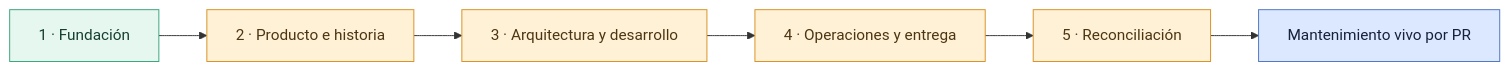
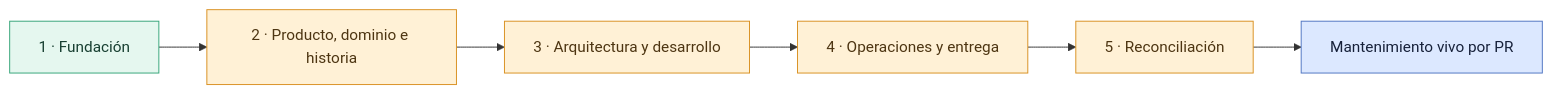
One commit to ErickEduardo027/ELEVANT changed the diagram in Vault/00-inicio/roadmap-del-vault.md. Above: the diagram before and after it, drawn with Mermaid. The commit also changed other lines of this file and 39 other files, not shown here.

````diff
--- a/Vault/00-inicio/roadmap-del-vault.md
+++ b/Vault/00-inicio/roadmap-del-vault.md
@@ -28,15 +31,15 @@
 ```mermaid
 flowchart LR
-    F[1 · Fundación] --> P[2 · Producto e historia]
+    F[1 · Fundación] --> P[2 · Producto, dominio e historia]
     P --> A[3 · Arquitectura y desarrollo]
     A --> O[4 · Operaciones y entrega]
     O --> R[5 · Reconciliación]
     R --> L[Mantenimiento vivo por PR]
 
     classDef done fill:#e5f7ef,color:#173f31,stroke:#36a579;
     classDef next fill:#fff1d6,color:#4d3512,stroke:#d99021;
     classDef living fill:#dce8ff,color:#17213a,stroke:#4f75c2;
     class F done;
     class P,A,O,R next;
     class L living;
 ```
````
